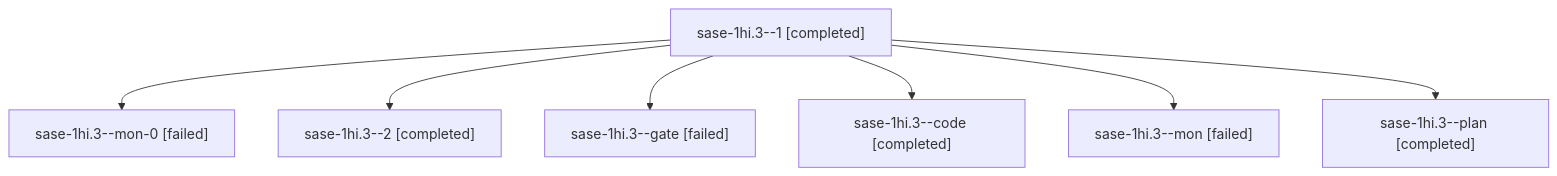
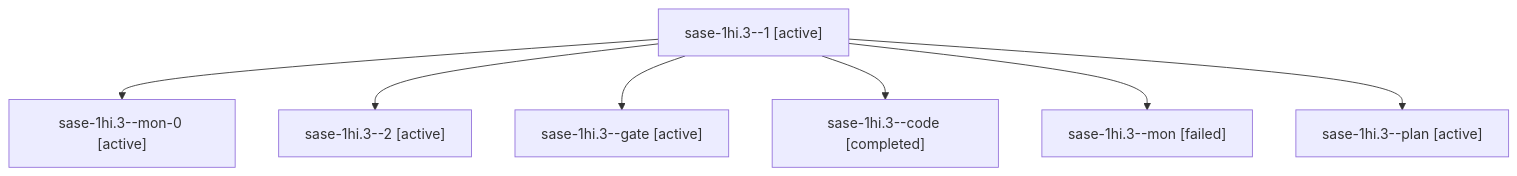
Before and after one commit to sase-org/sase--agents: the diagram in sessions/bbugyi200.apollo.sase-1hi.3.md, drawn with Mermaid. The commit also changed other lines of this file and 330 other files, not shown here.

````diff
--- a/sessions/bbugyi200.apollo.sase-1hi.3.md
+++ b/sessions/bbugyi200.apollo.sase-1hi.3.md
@@ -9,16 +9,16 @@
 ```mermaid
 flowchart TD
-  n0["sase-1hi.3--1 [completed]"]
-  n1["sase-1hi.3--mon-0 [failed]"]
+  n0["sase-1hi.3--1 [active]"]
+  n1["sase-1hi.3--mon-0 [active]"]
   n0 --> n1
-  n2["sase-1hi.3--2 [completed]"]
+  n2["sase-1hi.3--2 [active]"]
   n0 --> n2
-  n3["sase-1hi.3--gate [failed]"]
+  n3["sase-1hi.3--gate [active]"]
   n0 --> n3
   n4["sase-1hi.3--code [completed]"]
   n0 --> n4
   n5["sase-1hi.3--mon [failed]"]
   n0 --> n5
-  n6["sase-1hi.3--plan [completed]"]
+  n6["sase-1hi.3--plan [active]"]
   n0 --> n6
 ```
````
